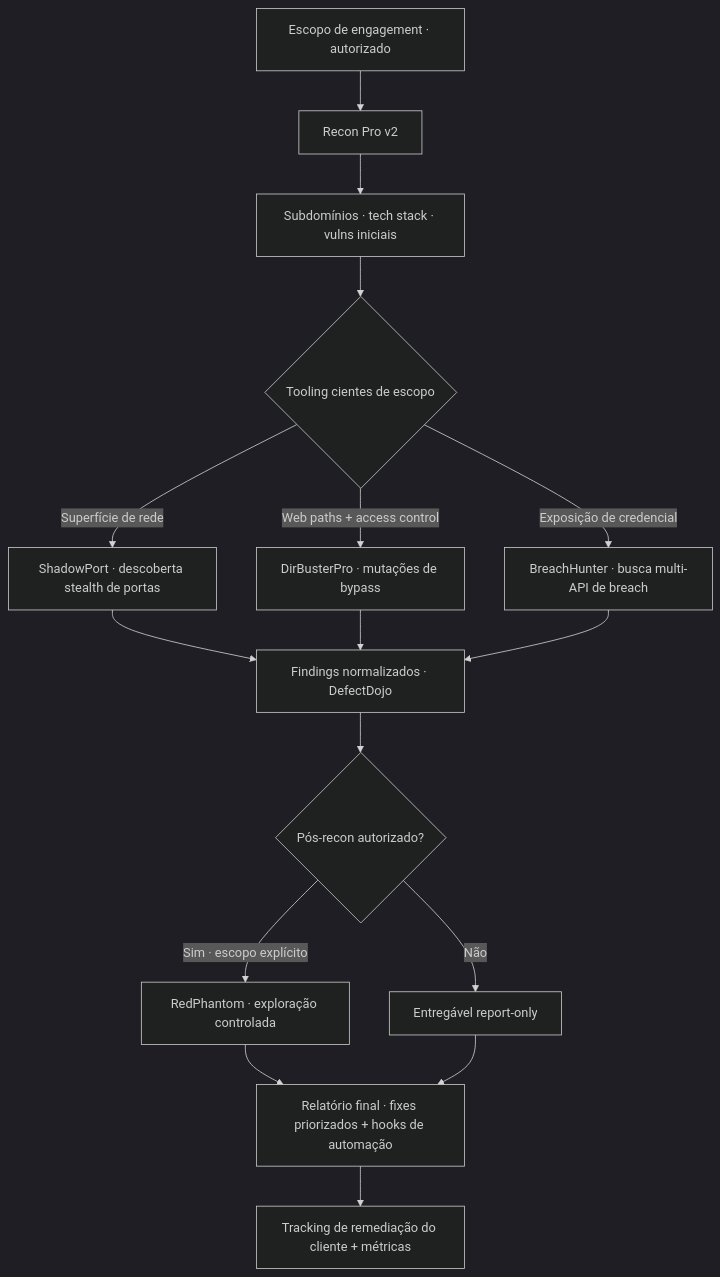
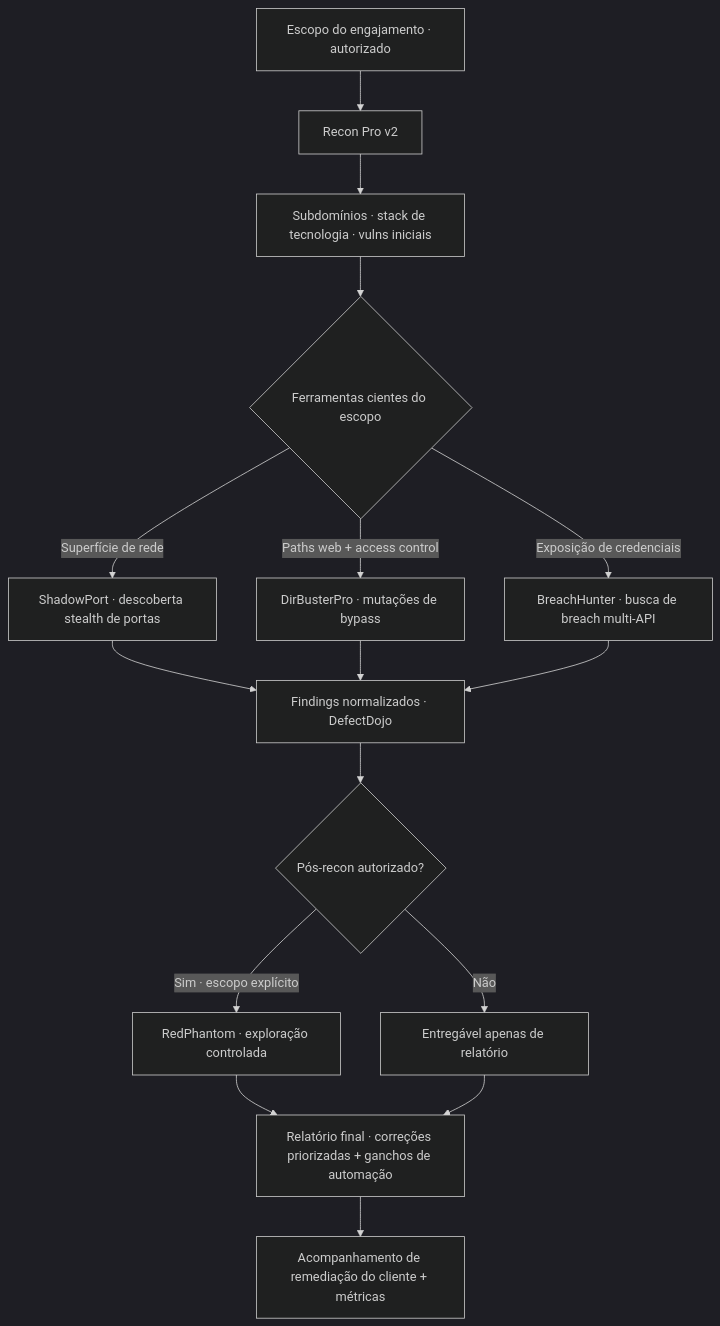
Before and after one commit to CHDevSec/portfolio: the diagram in src/content/projects/pt/pentest-consulting.mdx, drawn with Mermaid (dark theme). The commit also changed other lines of this file and 169 other files, not shown here.

````diff
--- a/src/content/projects/pt/pentest-consulting.mdx
+++ b/src/content/projects/pt/pentest-consulting.mdx
@@ -49,22 +66,22 @@
 ```mermaid
 flowchart TB
-    A[Escopo de engagement · autorizado] --> B[Recon Pro v2]
-    B --> C[Subdomínios · tech stack · vulns iniciais]
+    A[Escopo do engajamento · autorizado] --> B[Recon Pro v2]
+    B --> C[Subdomínios · stack de tecnologia · vulns iniciais]
 
-    C --> D{Tooling cientes de escopo}
+    C --> D{Ferramentas cientes do escopo}
     D -->|Superfície de rede| E[ShadowPort · descoberta stealth de portas]
-    D -->|Web paths + access control| F[DirBusterPro · mutações de bypass]
-    D -->|Exposição de credencial| G[BreachHunter · busca multi-API de breach]
+    D -->|Paths web + access control| F[DirBusterPro · mutações de bypass]
+    D -->|Exposição de credenciais| G[BreachHunter · busca de breach multi-API]
 
     E --> H[Findings normalizados · DefectDojo]
     F --> H
     G --> H
 
     H --> I{Pós-recon autorizado?}
     I -->|Sim · escopo explícito| J[RedPhantom · exploração controlada]
-    I -->|Não| K[Entregável report-only]
+    I -->|Não| K[Entregável apenas de relatório]
 
-    J --> L[Relatório final · fixes priorizados + hooks de automação]
+    J --> L[Relatório final · correções priorizadas + ganchos de automação]
     K --> L
-    L --> M[Tracking de remediação do cliente + métricas]
+    L --> M[Acompanhamento de remediação do cliente + métricas]
 ```
````
